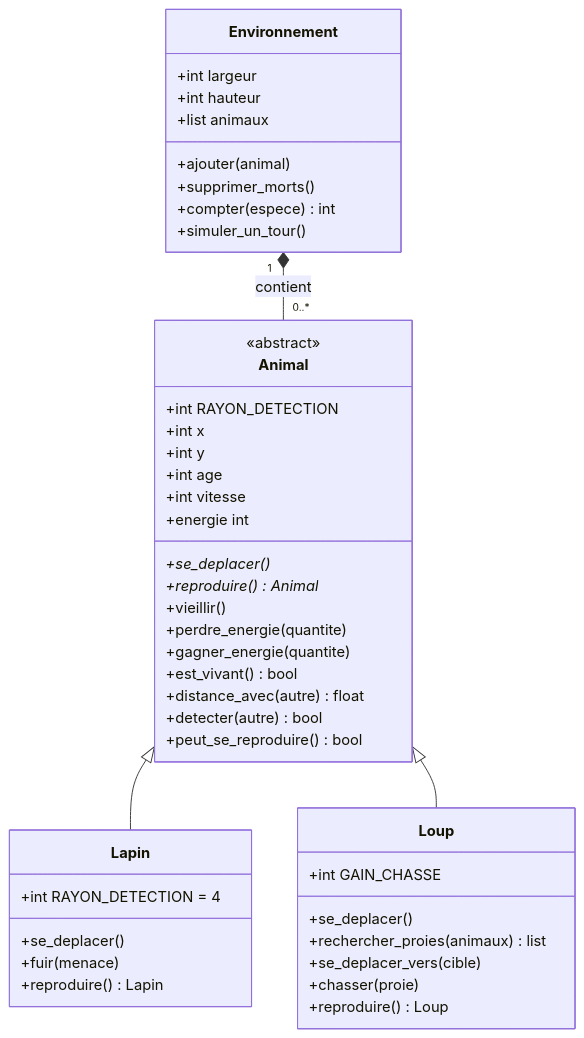
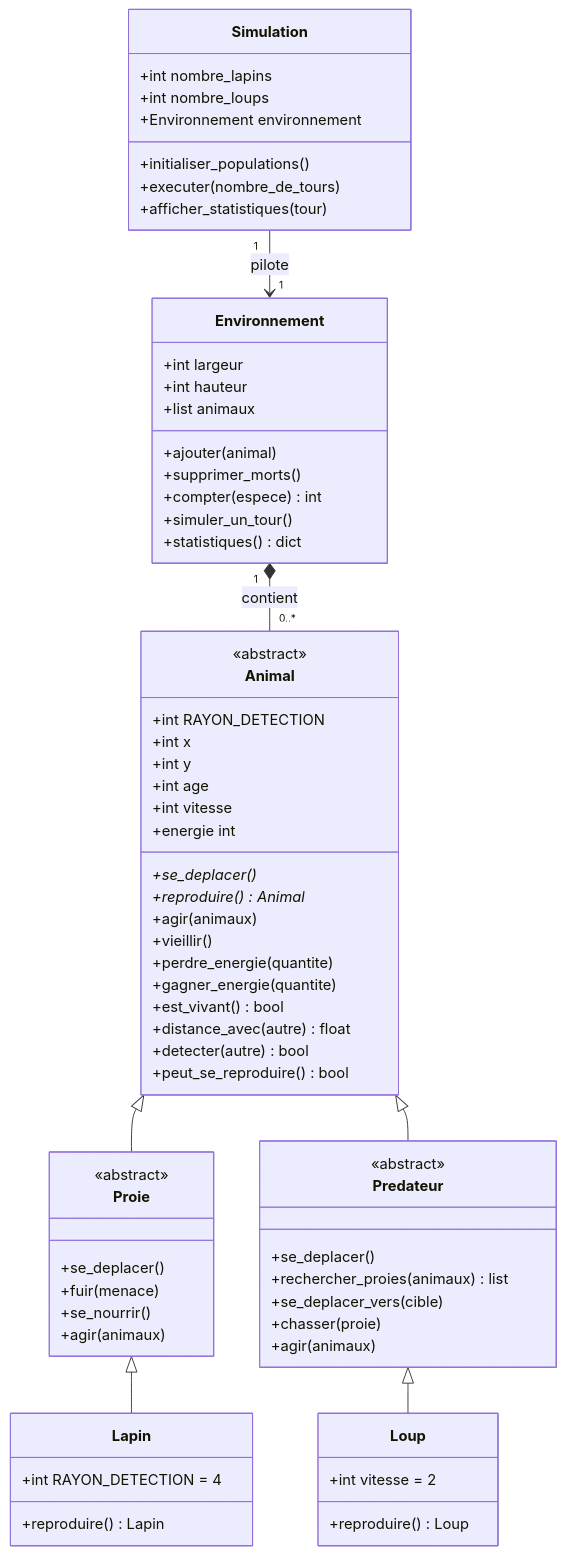
The third of 3 diagrams in traduction-rapport.md (hmty-CHEN/POO-TP1), drawn with Mermaid before and after one commit. The commit also changed other lines of this file and 10 other files, not shown here.

Commit message:
Integration finale : Proie, Predateur, Simulation et UML final

````diff
--- a/traduction-rapport.md
+++ b/traduction-rapport.md
@@ -56,47 +168,78 @@
 ```mermaid
 classDiagram
+    direction TB
+
     class Animal {
         <<abstract>>
         +int RAYON_DETECTION
         +int x
         +int y
         +int age
         +int vitesse
         +energie int
         +se_deplacer()*
         +reproduire()* Animal
+        +agir(animaux)
         +vieillir()
         +perdre_energie(quantite)
         +gagner_energie(quantite)
         +est_vivant() bool
         +distance_avec(autre) float
         +detecter(autre) bool
         +peut_se_reproduire() bool
     }
-    class Lapin {
-        +int RAYON_DETECTION = 4
+
+    class Proie {
+        <<abstract>>
         +se_deplacer()
         +fuir(menace)
-        +reproduire() Lapin
+        +se_nourrir()
+        +agir(animaux)
     }
-    class Loup {
-        +int GAIN_CHASSE
+
+    class Predateur {
+        <<abstract>>
         +se_deplacer()
         +rechercher_proies(animaux) list
         +se_deplacer_vers(cible)
         +chasser(proie)
+        +agir(animaux)
+    }
+
+    class Lapin {
+        +int RAYON_DETECTION = 4
+        +reproduire() Lapin
+    }
+
+    class Loup {
+        +int vitesse = 2
         +reproduire() Loup
     }
+
     class Environnement {
         +int largeur
         +int hauteur
         +list animaux
         +ajouter(animal)
         +supprimer_morts()
         +compter(espece) int
         +simuler_un_tour()
+        +statistiques() dict
     }
-    Animal <|-- Lapin
-    Animal <|-- Loup
+
+    class Simulation {
+        +int nombre_lapins
+        +int nombre_loups
+        +Environnement environnement
+        +initialiser_populations()
+        +executer(nombre_de_tours)
+        +afficher_statistiques(tour)
+    }
+
+    Animal <|-- Proie
+    Animal <|-- Predateur
+    Proie <|-- Lapin
+    Predateur <|-- Loup
     Environnement "1" *-- "0..*" Animal : contient
+    Simulation "1" --> "1" Environnement : pilote
 ```
````
